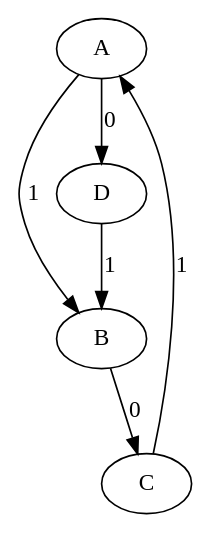
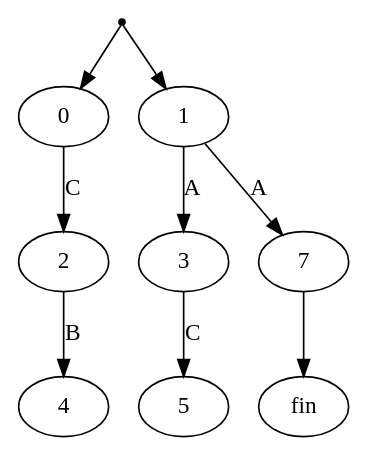
One commit to omarelhorre/automate changed the diagram in demo.dot. Above: the diagram before and after it, drawn with Graphviz. The commit also changed 3 other files, not shown here.

```diff
--- a/demo.dot
+++ b/demo.dot
@@ -1,7 +1,11 @@
 digraph G {
-    A -> B [label="1"];
-    B -> C [label="0"];
-    C -> A [label="1"];
-    A -> D [label="0"];
-    D ->B  [label="1"];
+    init [shape=point]
+    init -> 0;
+    init -> 1;
+    0 -> 2 [label="C"];
+    1 -> 3 [label="A"];
+    2 -> 4 [label="B"];
+    3 -> 5 [label="C"];
+    1 -> 7 [label="A"];
+    7 -> fin;
 }
```
